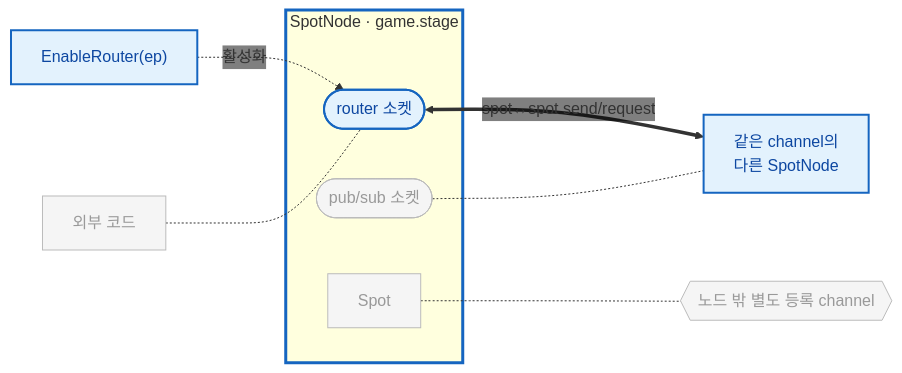
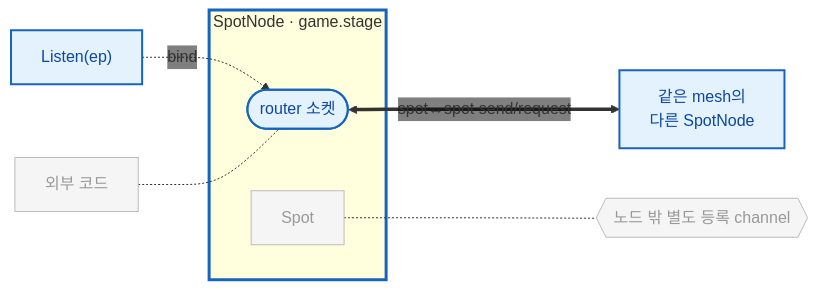
One commit to kairos-code-dev/zlink changed the third of 8 diagrams in framework/doc/framework/dotnet/guide/06-spot.ko.md. Above: the diagram before and after it, drawn with Mermaid. The commit also changed other lines of this file and 7 other files, not shown here.

````diff
--- a/framework/doc/framework/dotnet/guide/06-spot.ko.md
+++ b/framework/doc/framework/dotnet/guide/06-spot.ko.md
@@ -196,22 +195,20 @@
 ```mermaid
 %%{init: {'themeVariables': {'edgeLabelBackground':'transparent'}}}%%
 flowchart LR
   subgraph node["SpotNode · game.stage"]
     rsock(["router 소켓"])
-    psock(["pub/sub 소켓"])
     spot["Spot"]
   end
-  peer["같은 channel의<br/>다른 SpotNode"]
+  peer["같은 mesh의<br/>다른 SpotNode"]
   ext["외부 코드"]
   chan{{"노드 밖 별도 등록 channel"}}
-  fRouter["EnableRouter(ep)"] -. 활성화 .-> rsock
+  fListen["Listen(ep)"] -. bind .-> rsock
   rsock <==>|"spot↔spot send/request"| peer
-  psock -.- peer
   ext -.- rsock
   spot -.- chan
   classDef on fill:#e3f2fd,stroke:#1565c0,stroke-width:2px,color:#0d47a1;
   classDef dim fill:#f5f5f5,stroke:#bbbbbb,color:#999999;
-  class fRouter,rsock,peer on;
-  class psock,spot,ext,chan dim;
+  class fListen,rsock,peer on;
+  class spot,ext,chan dim;
   style node stroke:#1565c0,stroke-width:3px
 ```
````
